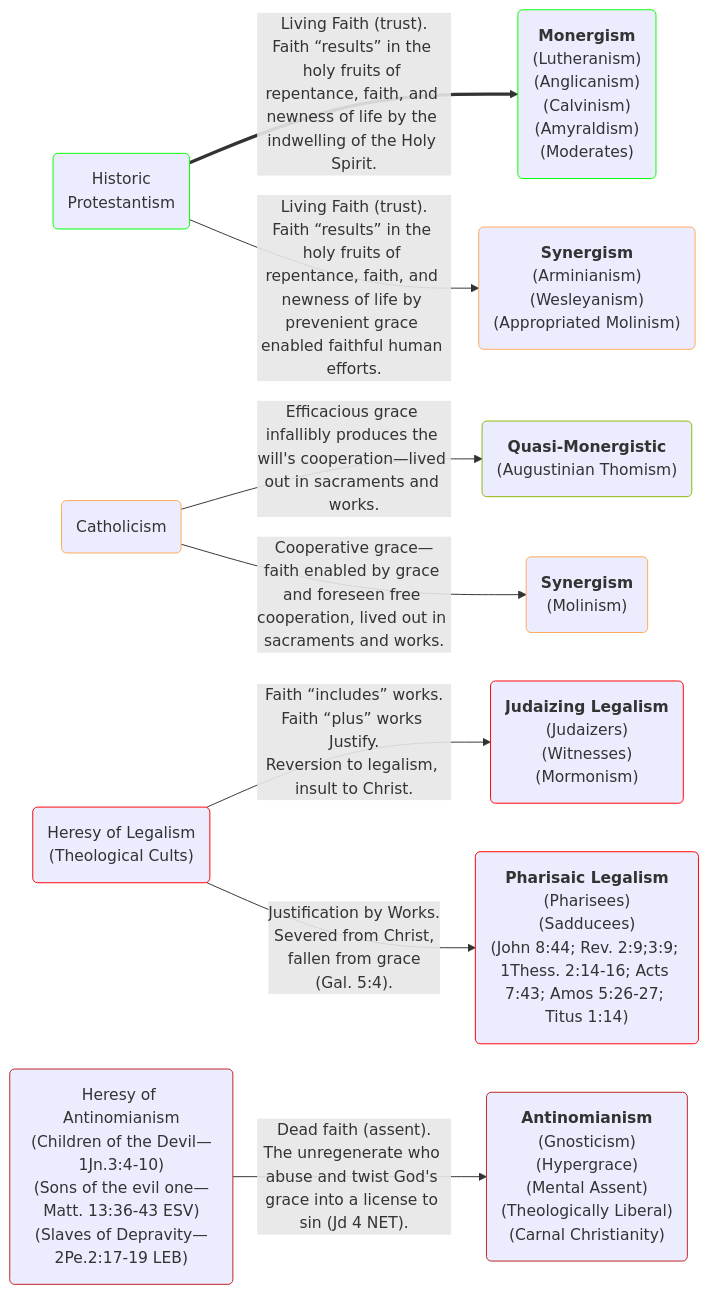
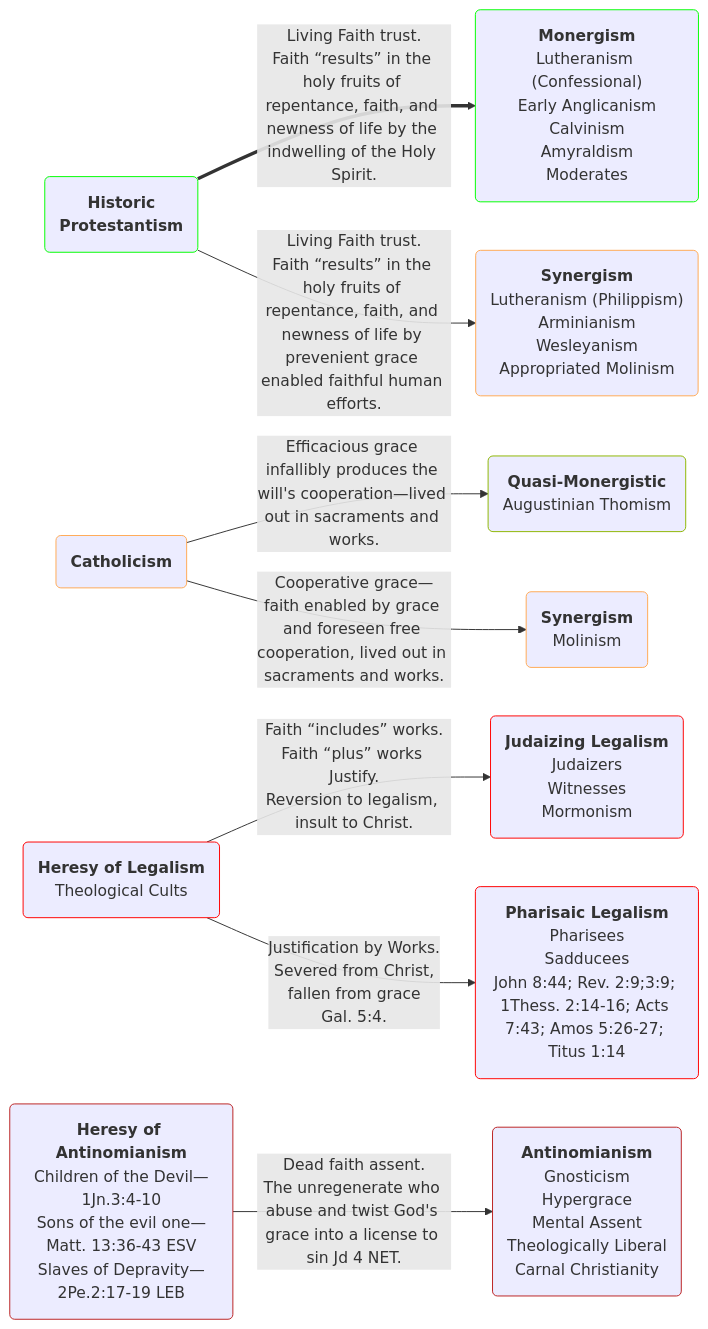
One commit to OrdoLuminis/ordoluminis.github.io changed the first of 2 diagrams in _posts/2025-08-03-historic-protestant-position.markdown. Above: the diagram before and after it, drawn with Mermaid. The commit also changed other lines of this file, not shown here.

Commit message:
less terse

````diff
--- a/_posts/2025-08-03-historic-protestant-position.markdown
+++ b/_posts/2025-08-03-historic-protestant-position.markdown
@@ -55,23 +55,23 @@
 ```mermaid
 flowchart LR
-    A(Historic<br>Protestantism):::green
-    B(Catholicism):::orange
-    C(Heresy of Legalism<br>&lpar;Theological Cults&rpar;):::red
-    D(Heresy of Antinomianism<br>&lpar;Children of the Devil&mdash;1Jn.3:4-10&rpar;<br>&lpar;Sons of the evil one&mdash;Matt. 13:36-43 ESV&rpar;<br>&lpar;Slaves of Depravity&mdash;2Pe.2:17-19 LEB&rpar;):::firebrick
-    A ==>|Living Faith &lpar;trust&rpar;.<br>Faith &ldquo;results&rdquo; in the holy fruits of repentance, faith, and newness of life by the indwelling of the Holy Spirit.| G(<strong>Monergism</strong><br>&lpar;Lutheranism&rpar;<br>&lpar;Anglicanism&rpar;<br>&lpar;Calvinism&rpar;<br>&lpar;Amyraldism&rpar;<br>&lpar;Moderates&rpar;):::green
-    A -->|Living Faith &lpar;trust&rpar;.<br>Faith &ldquo;results&rdquo; in the holy fruits of repentance, faith, and newness of life by prevenient grace enabled faithful human efforts.| H(<strong>Synergism</strong><br>&lpar;Arminianism&rpar;<br>&lpar;Wesleyanism&rpar;<br>&lpar;Appropriated Molinism&rpar;):::orange
-    B -->|Efficacious grace infallibly produces the will's cooperation&mdash;lived out in sacraments and works.| N(<strong>Quasi-Monergistic</strong><br>&lpar;Augustinian Thomism&rpar;):::yellowgreen
-    B -->|Cooperative grace&mdash;faith enabled by grace and foreseen free cooperation, lived out in sacraments and works.| I(<strong>Synergism</strong><br>&lpar;Molinism&rpar;):::orange
-    C -->|Faith &ldquo;includes&rdquo; works.<br>Faith &ldquo;plus&rdquo; works Justify.<br>Reversion to legalism, insult to Christ.| J(<strong>Judaizing Legalism</strong><br>&lpar;Judaizers&rpar;<br>&lpar;Witnesses&rpar;<br>&lpar;Mormonism&rpar;):::red
-    C -->|Justification by Works.<br>Severed from Christ,<br>fallen from grace<br>&lpar;Gal. 5:4&rpar;.| K(<strong>Pharisaic Legalism</strong><br>&lpar;Pharisees&rpar;<br>&lpar;Sadducees&rpar;<br>&lpar;John 8:44; Rev. 2:9;3:9; 1Thess. 2:14-16; Acts 7:43; Amos 5:26-27; Titus 1:14&rpar;):::red
-    D -->|Dead faith &lpar;assent&rpar;.<br>The unregenerate who abuse and twist God's grace into a license to sin &lpar;Jd 4 NET&rpar;.| L(<strong>Antinomianism</strong><br>&lpar;Gnosticism&rpar;<br>&lpar;Hypergrace&rpar;<br>&lpar;Mental Assent&rpar;<br>&lpar;Theologically Liberal&rpar;<br>&lpar;Carnal Christianity&rpar;):::firebrick
+    A(<strong>Historic<br>Protestantism</strong>):::green
+    B(<strong>Catholicism</strong>):::orange
+    C(<strong>Heresy of Legalism</strong><br>Theological Cults):::red
+    D(<strong>Heresy of Antinomianism</strong><br>Children of the Devil&mdash;1Jn.3:4-10<br>Sons of the evil one&mdash;Matt. 13:36-43 ESV<br>Slaves of Depravity&mdash;2Pe.2:17-19 LEB):::firebrick
+    A ==>|Living Faith trust.<br>Faith &ldquo;results&rdquo; in the holy fruits of repentance, faith, and newness of life by the indwelling of the Holy Spirit.| G(<strong>Monergism</strong><br>Lutheranism &lpar;Confessional&rpar;<br>Early Anglicanism<br>Calvinism<br>Amyraldism<br>Moderates):::green
+    A -->|Living Faith trust.<br>Faith &ldquo;results&rdquo; in the holy fruits of repentance, faith, and newness of life by prevenient grace enabled faithful human efforts.| H(<strong>Synergism</strong><br>Lutheranism &lpar;Philippism&rpar;<br>Arminianism<br>Wesleyanism<br>Appropriated Molinism):::orange
+    B -->|Efficacious grace infallibly produces the will's cooperation&mdash;lived out in sacraments and works.| N(<strong>Quasi-Monergistic</strong><br>Augustinian Thomism):::yellowgreen
+    B -->|Cooperative grace&mdash;faith enabled by grace and foreseen free cooperation, lived out in sacraments and works.| I(<strong>Synergism</strong><br>Molinism):::orange
+    C -->|Faith &ldquo;includes&rdquo; works.<br>Faith &ldquo;plus&rdquo; works Justify.<br>Reversion to legalism, insult to Christ.| J(<strong>Judaizing Legalism</strong><br>Judaizers<br>Witnesses<br>Mormonism):::red
+    C -->|Justification by Works.<br>Severed from Christ,<br>fallen from grace<br>Gal. 5:4.| K(<strong>Pharisaic Legalism</strong><br>Pharisees<br>Sadducees<br>John 8:44; Rev. 2:9;3:9; 1Thess. 2:14-16; Acts 7:43; Amos 5:26-27; Titus 1:14):::red
+    D -->|Dead faith assent.<br>The unregenerate who abuse and twist God's grace into a license to sin Jd 4 NET.| L(<strong>Antinomianism</strong><br>Gnosticism<br>Hypergrace<br>Mental Assent<br>Theologically Liberal<br>Carnal Christianity):::firebrick
     classDef red stroke:#f00
     classDef green stroke:#0f0
     classDef lightgreen stroke:#Bf0
     classDef yellowgreen stroke:#8db600
     classDef darkgreen stroke:#006400
     classDef orange stroke:#fa5
     classDef firebrick stroke:#b22
     classDef darkred stroke:#8B0000
     classDef darkerred stroke:#701705
 ```
````
